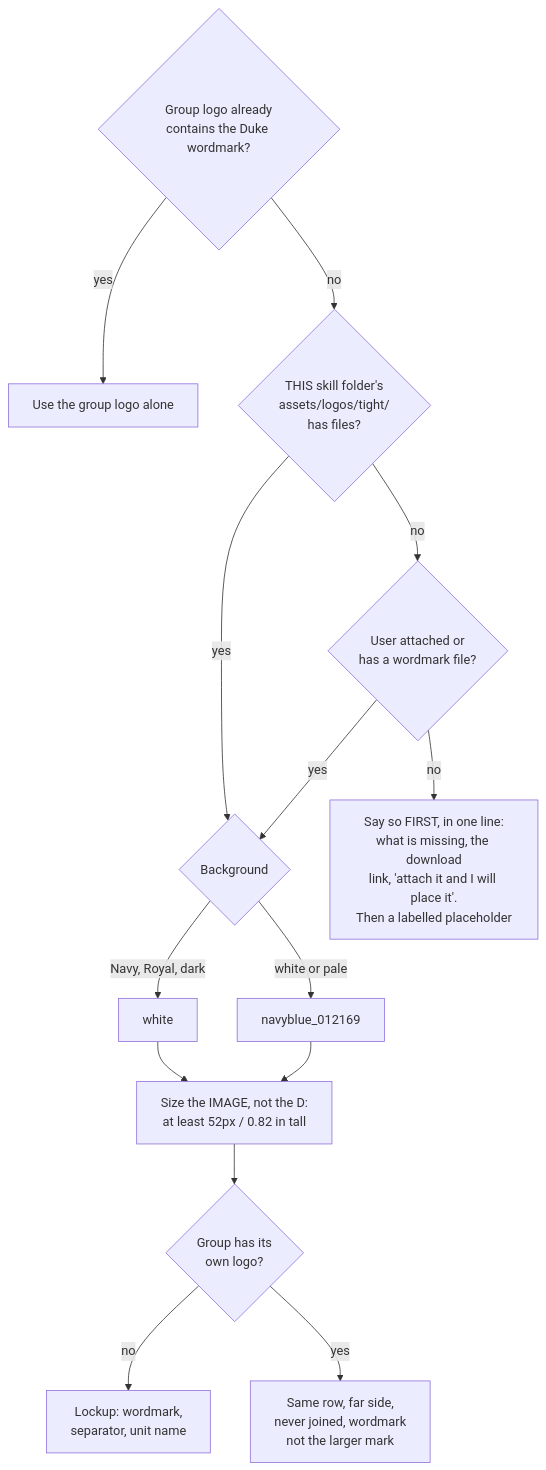
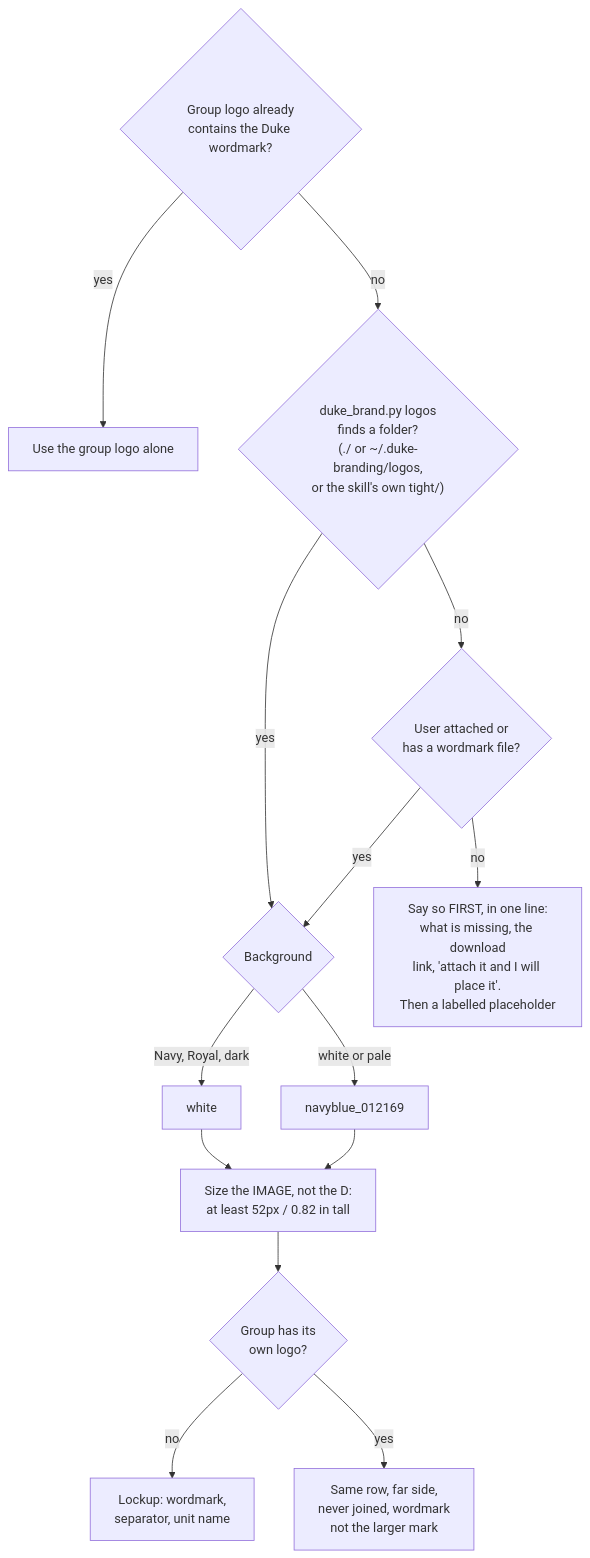
Before and after one commit to wjshamblin/duke-branding: the fourth of 4 diagrams in SKILL.md, drawn with Mermaid. The commit also changed other lines of this file and 3 other files, not shown here.

Commit message:
feat: standing wordmark folder outside the skill, with a one-time installer

````diff
--- a/SKILL.md
+++ b/SKILL.md
@@ -193,16 +193,16 @@
 ```mermaid
 flowchart TD
     A{"Group logo already<br/>contains the Duke wordmark?"} -->|yes| B[Use the group logo alone]
-    A -->|no| C{"THIS skill folder's<br/>assets/logos/tight/<br/>has files?"}
+    A -->|no| C{"duke_brand.py logos<br/>finds a folder?<br/>(./ or ~/.duke-branding/logos,<br/>or the skill's own tight/)"}
     C -->|no| U{"User attached or<br/>has a wordmark file?"}
     U -->|yes| E
     U -->|no| D["Say so FIRST, in one line:<br/>what is missing, the download<br/>link, 'attach it and I will place it'.<br/>Then a labelled placeholder"]
     C -->|yes| E{Background}
     E -->|white or pale| F[navyblue_012169]
     E -->|Navy, Royal, dark| G[white]
     F --> H["Size the IMAGE, not the D:<br/>at least 52px / 0.82 in tall"]
     G --> H
     H --> I{Group has its<br/>own logo?}
     I -->|no| J[Lockup: wordmark,<br/>separator, unit name]
     I -->|yes| K[Same row, far side,<br/>never joined, wordmark<br/>not the larger mark]
 ```
````
